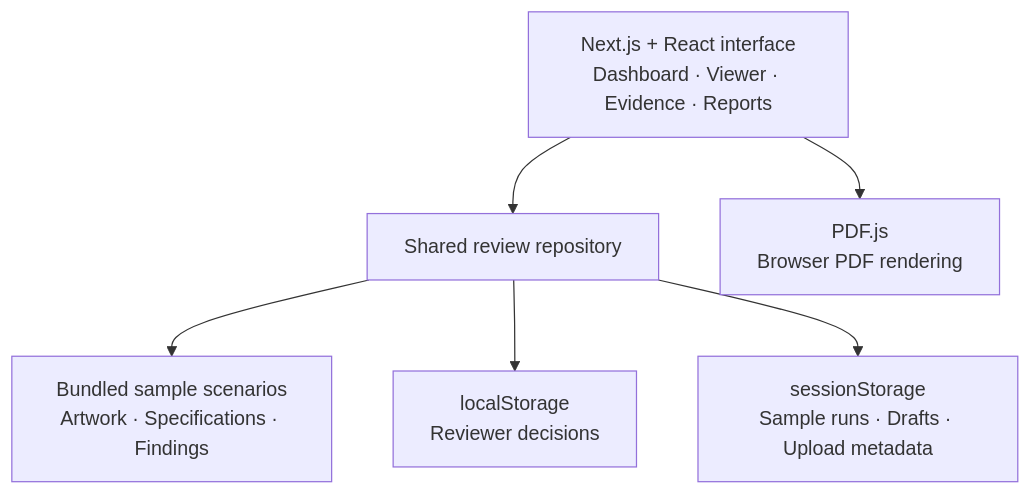
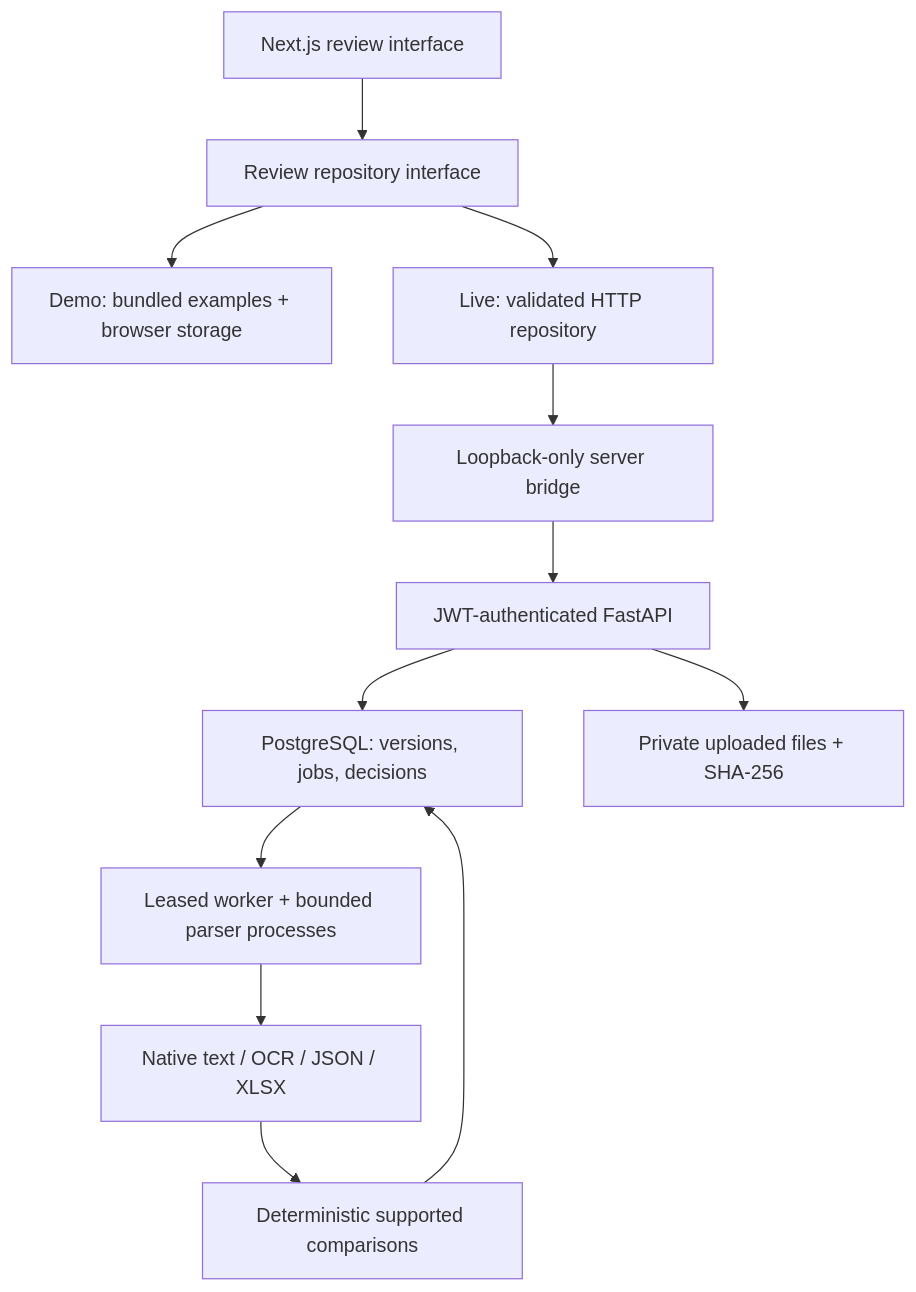
One commit to Spkap/Esko-hacks changed the second of 2 diagrams in README.md. Above: the diagram before and after it, drawn with Mermaid. The commit also changed other lines of this file and 70 other files, not shown here.

````diff
--- a/README.md
+++ b/README.md
@@ -186,9 +194,14 @@
 ```mermaid
 flowchart TD
-    UI["Next.js + React interface<br/>Dashboard · Viewer · Evidence · Reports"]
-    UI --> R["Shared review repository"]
-    R --> S["Bundled sample scenarios<br/>Artwork · Specifications · Findings"]
-    R --> L["localStorage<br/>Reviewer decisions"]
-    R --> T["sessionStorage<br/>Sample runs · Drafts · Upload metadata"]
-    UI --> P["PDF.js<br/>Browser PDF rendering"]
+    UI["Next.js review interface"] --> R["Review repository interface"]
+    R --> D["Demo: bundled examples + browser storage"]
+    R --> H["Live: validated HTTP repository"]
+    H --> B["Loopback-only server bridge"]
+    B --> API["JWT-authenticated FastAPI"]
+    API --> DB["PostgreSQL: versions, jobs, decisions"]
+    API --> F["Private uploaded files + SHA-256"]
+    DB --> W["Leased worker + bounded parser processes"]
+    W --> E["Native text / OCR / JSON / XLSX"]
+    E --> C["Deterministic supported comparisons"]
+    C --> DB
 ```
````
